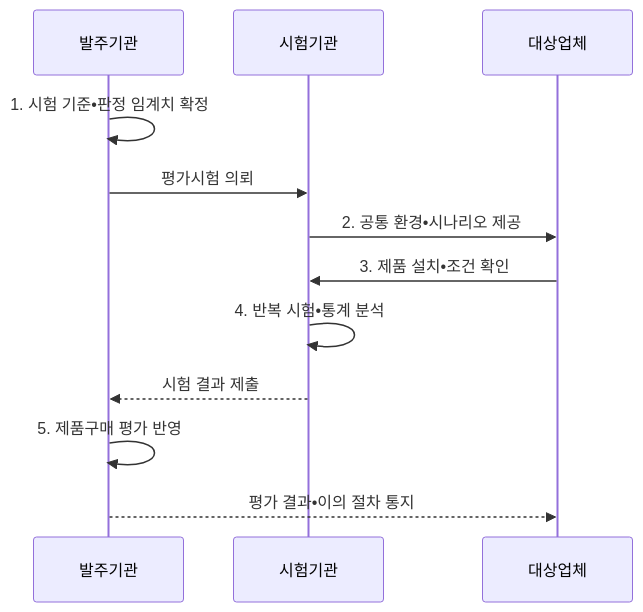
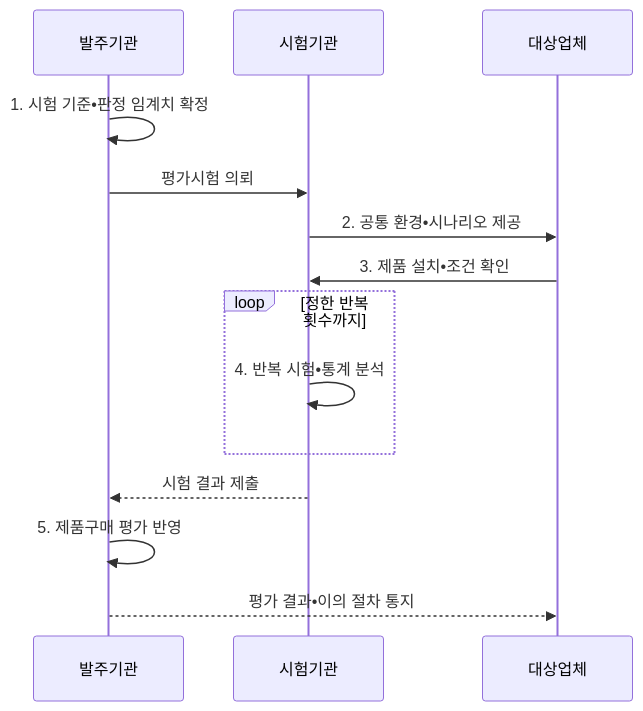
One commit to agnusdei1207/knowledge-base changed the second of 2 diagrams in src/content/docs/notes/07-law-policy/020_bmt_benchmark_test.md. Above: the diagram before and after it, drawn with Mermaid. The commit also changed other lines of this file and 18 other files, not shown here.

````diff
--- a/src/content/docs/notes/07-law-policy/020_bmt_benchmark_test.md
+++ b/src/content/docs/notes/07-law-policy/020_bmt_benchmark_test.md
@@ -107,14 +107,16 @@
 ```mermaid
 sequenceDiagram
     participant 발주기관
     participant 시험기관
     participant 대상업체
     발주기관->>발주기관: 1. 시험 기준•판정 임계치 확정
     발주기관->>시험기관: 평가시험 의뢰
     시험기관->>대상업체: 2. 공통 환경•시나리오 제공
     대상업체->>시험기관: 3. 제품 설치•조건 확인
-    시험기관->>시험기관: 4. 반복 시험•통계 분석
+    loop 정한 반복 횟수까지
+        시험기관->>시험기관: 4. 반복 시험•통계 분석
+    end
     시험기관-->>발주기관: 시험 결과 제출
     발주기관->>발주기관: 5. 제품구매 평가 반영
     발주기관-->>대상업체: 평가 결과•이의 절차 통지
 ```
````
